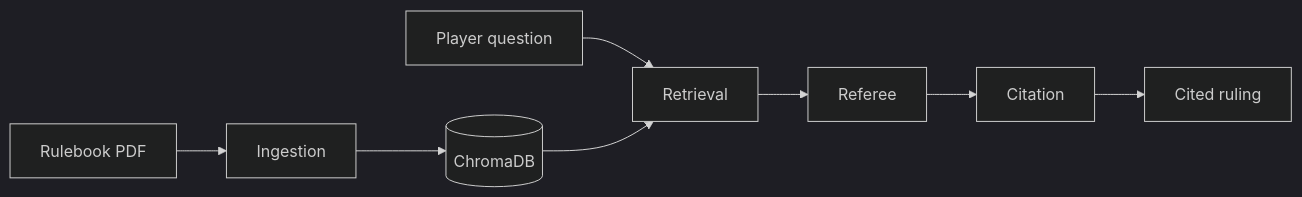
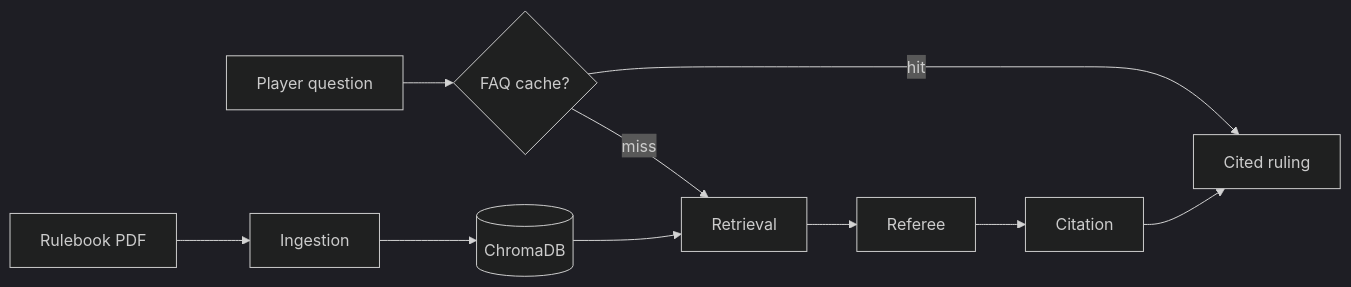
One commit to ksycz/board-game-referee changed the diagram in README.md. Above: the diagram before and after it, drawn with Mermaid (dark theme). The commit also changed other lines of this file and 18 other files, not shown here.

First line of the commit message:
Add FAQ cache, retrieval tuning, and update docs.

````diff
--- a/README.md
+++ b/README.md
@@ -13,10 +26,12 @@
 ```mermaid
 flowchart LR
   PDF[Rulebook PDF] --> Ingestion
   Ingestion --> VectorDB[(ChromaDB)]
-  Question[Player question] --> Retrieval
+  Question[Player question] --> Cache{FAQ cache?}
+  Cache -->|hit| Answer[Cited ruling]
+  Cache -->|miss| Retrieval
   VectorDB --> Retrieval
   Retrieval --> Referee
   Referee --> Citation
-  Citation --> Answer[Cited ruling]
+  Citation --> Answer
 ```
````
